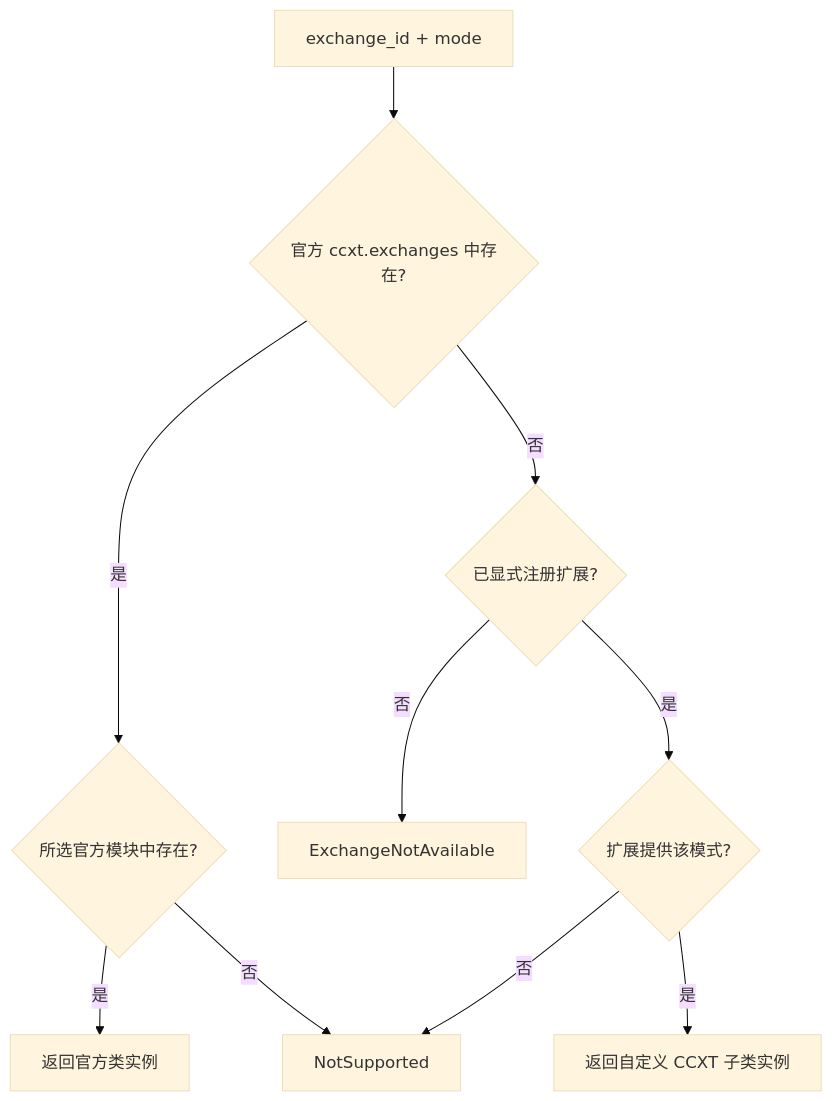
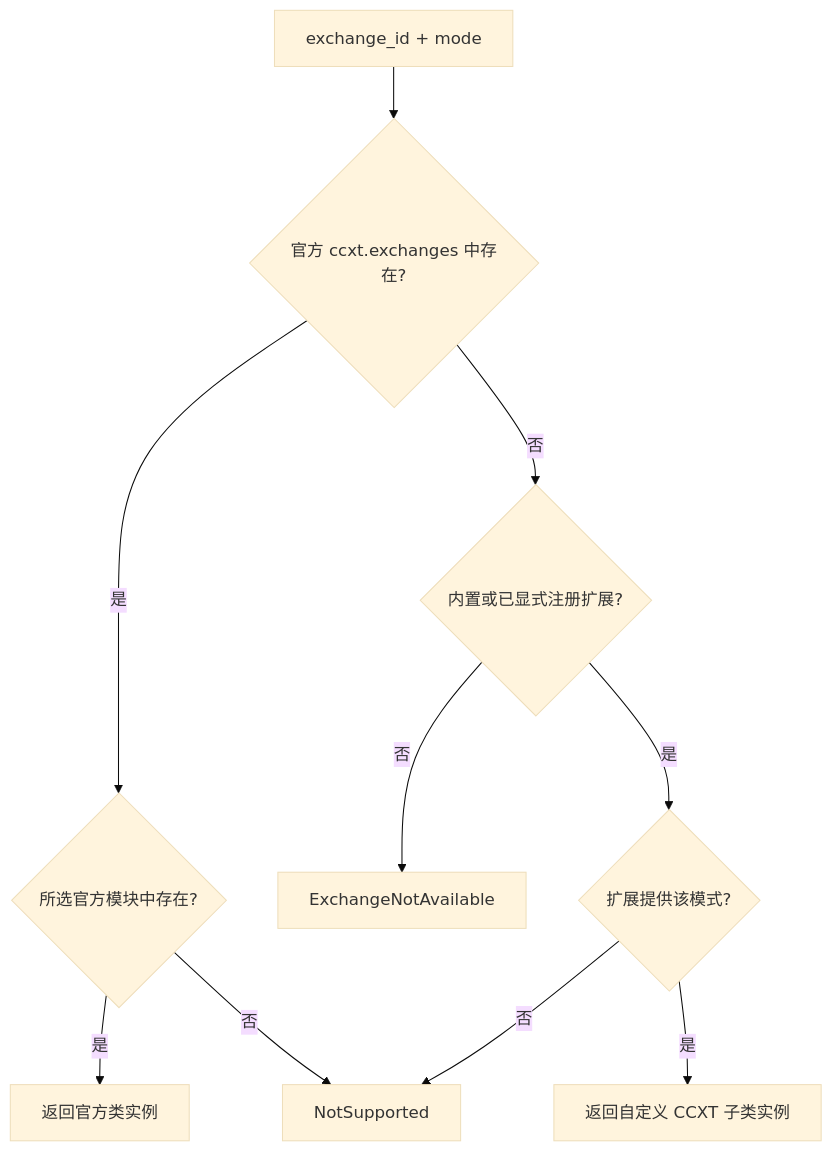
One commit to Nova3322/CCXT_CM changed the second of 3 diagrams in docs/architecture.md. Above: the diagram before and after it, drawn with Mermaid (base theme). The commit also changed other lines of this file and 17 other files, not shown here.

````diff
--- a/docs/architecture.md
+++ b/docs/architecture.md
@@ -52,12 +52,12 @@
 ```mermaid
 flowchart TD
     A[exchange_id + mode] --> B{官方 ccxt.exchanges 中存在?}
     B -->|是| C{所选官方模块中存在?}
     C -->|是| D[返回官方类实例]
     C -->|否| E[NotSupported]
-    B -->|否| F{已显式注册扩展?}
+    B -->|否| F{内置或已显式注册扩展?}
     F -->|否| G[ExchangeNotAvailable]
     F -->|是| H{扩展提供该模式?}
     H -->|是| I[返回自定义 CCXT 子类实例]
     H -->|否| E
 ```
````
